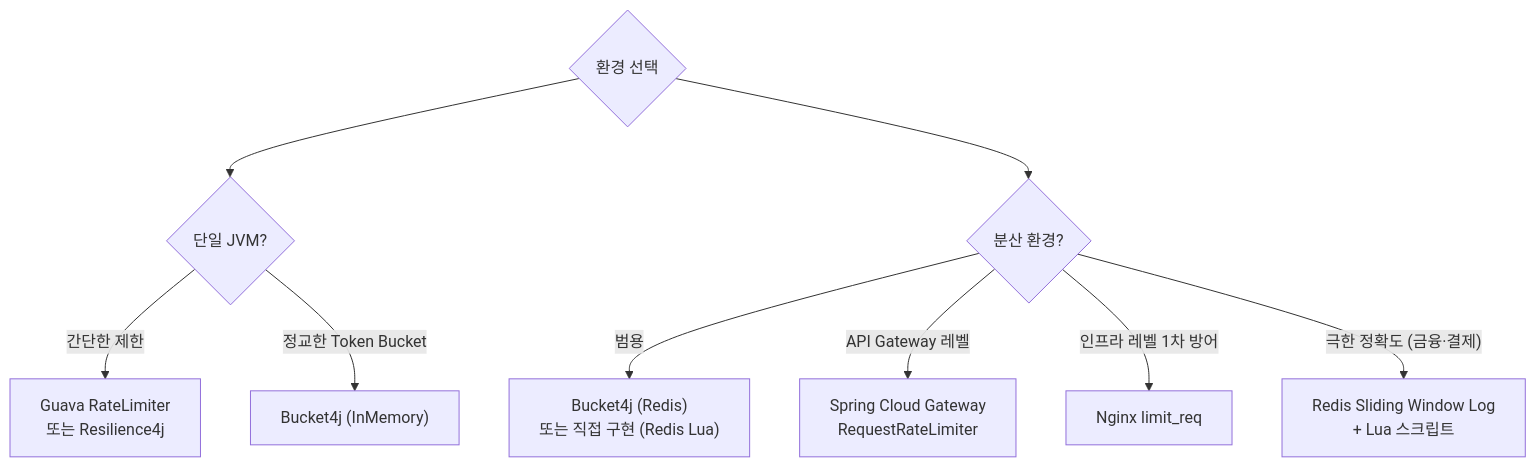
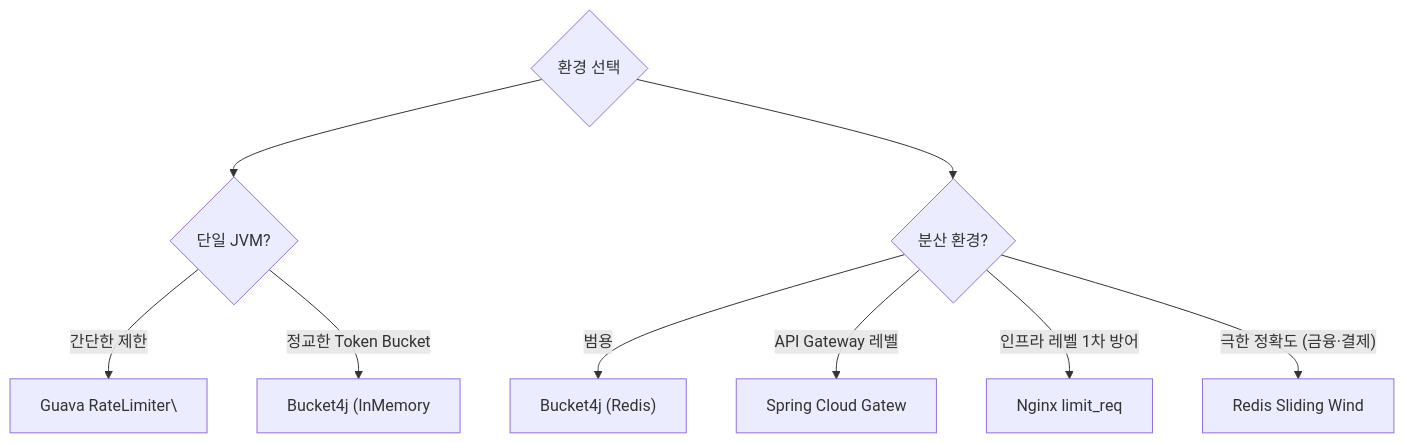
One commit to yjkim2015/yjkim2015.github.io changed diagram 13 of 13 in _posts/spring/2026-05-01-rate-limiting.md. Above: the diagram before and after it, drawn with Mermaid. The commit also changed other lines of this file and 271 other files, not shown here.

First line of the commit message:
Mermaid 라벨 축소: 긴 노드 텍스트 18자 이하로 트림 + \n 제거

````diff
--- a/_posts/spring/2026-05-01-rate-limiting.md
+++ b/_posts/spring/2026-05-01-rate-limiting.md
@@ -955,11 +955,11 @@
 ```mermaid
 graph TD
     A{"환경 선택"} --> B{"단일 JVM?"}
-    B -->|"간단한 제한"| C["Guava RateLimiter\n또는 Resilience4j"]
-    B -->|"정교한 Token Bucket"| D["Bucket4j (InMemory)"]
+    B -->|"간단한 제한"| C["Guava RateLimiter\"]
+    B -->|"정교한 Token Bucket"| D["Bucket4j (InMemory"]
     A --> E{"분산 환경?"}
-    E -->|"범용"| F["Bucket4j (Redis)\n또는 직접 구현 (Redis Lua)"]
-    E -->|"API Gateway 레벨"| G["Spring Cloud Gateway\nRequestRateLimiter"]
+    E -->|"범용"| F["Bucket4j (Redis)\n"]
+    E -->|"API Gateway 레벨"| G["Spring Cloud Gatew"]
     E -->|"인프라 레벨 1차 방어"| H["Nginx limit_req"]
-    E -->|"극한 정확도 (금융·결제)"| I["Redis Sliding Window Log\n+ Lua 스크립트"]
+    E -->|"극한 정확도 (금융·결제)"| I["Redis Sliding Wind"]
 ```
````
